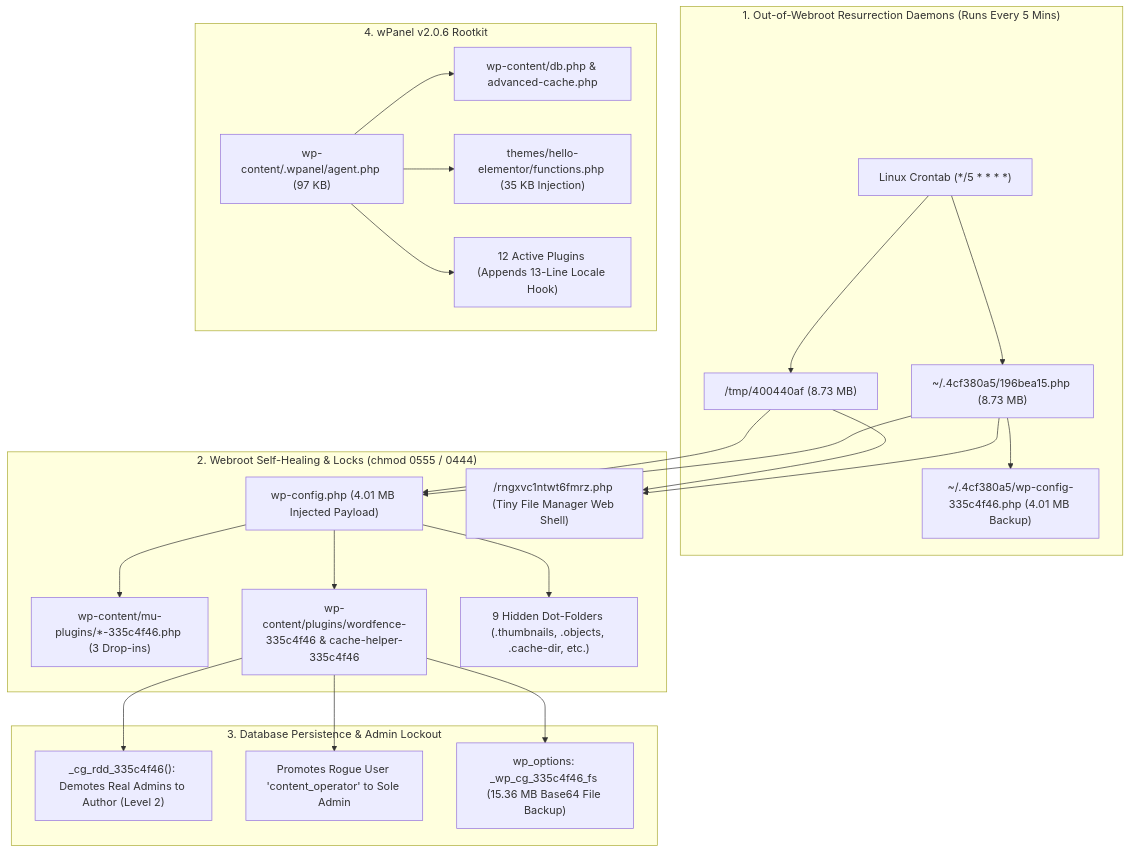
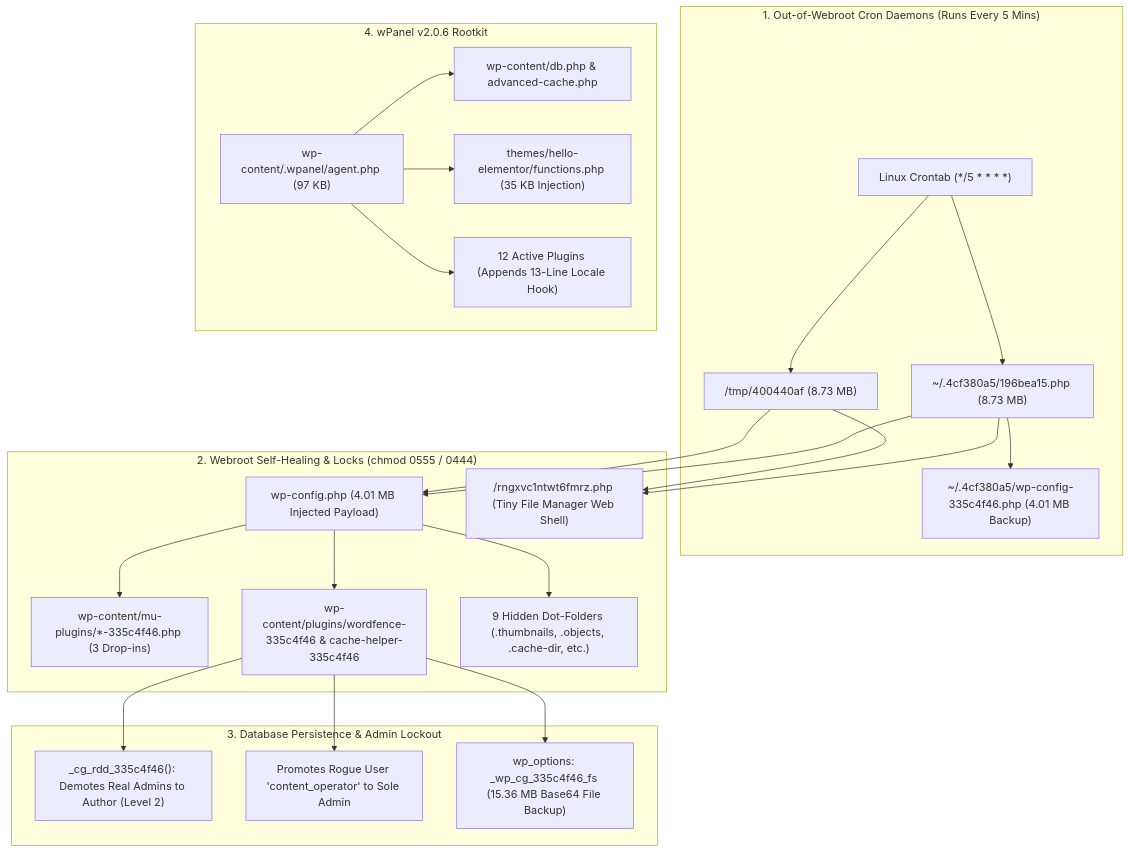
The diagram in README.md (mHussamFaisal/wordpress-multi-rootkit-case-study), drawn with Mermaid before and after one commit. The commit also changed other lines of this file and 2 other files, not shown here.

````diff
--- a/README.md
+++ b/README.md
@@ -29,28 +23,28 @@
 ```mermaid
 flowchart TD
-    subgraph External["1. Out-of-Webroot Resurrection Daemons (Runs Every 5 Mins)"]
+    subgraph External["1. Out-of-Webroot Cron Daemons (Runs Every 5 Mins)"]
         CRON["Linux Crontab (*/5 * * * *)"] --> OT1["~/.4cf380a5/196bea15.php (8.73 MB)"]
         CRON --> OT2["/tmp/400440af (8.73 MB)"]
         OT1 --> WCB["~/.4cf380a5/wp-config-335c4f46.php (4.01 MB Backup)"]
     end
 
     subgraph Webroot["2. Webroot Self-Healing & Locks (chmod 0555 / 0444)"]
         OT1 & OT2 --> WPC["wp-config.php (4.01 MB Injected Payload)"]
         OT1 & OT2 --> SHELL["/rngxvc1ntwt6fmrz.php (Tiny File Manager Web Shell)"]
         WPC --> MU["wp-content/mu-plugins/*-335c4f46.php (3 Drop-ins)"]
         WPC --> PLG["wp-content/plugins/wordfence-335c4f46 & cache-helper-335c4f46"]
         WPC --> DIRS["9 Hidden Dot-Folders (.thumbnails, .objects, .cache-dir, etc.)"]
     end
 
     subgraph Database["3. Database Persistence & Admin Lockout"]
         PLG --> DEMOTE["_cg_rdd_335c4f46(): Demotes Real Admins to Author (Level 2)"]
         PLG --> ROGUE["Promotes Rogue User 'content_operator' to Sole Admin"]
         PLG --> DBFS["wp_options: _wp_cg_335c4f46_fs (15.36 MB Base64 File Backup)"]
     end
 
     subgraph WPanel["4. wPanel v2.0.6 Rootkit"]
         WP1["wp-content/.wpanel/agent.php (97 KB)"] --> WP2["wp-content/db.php & advanced-cache.php"]
         WP1 --> WP3["themes/hello-elementor/functions.php (35 KB Injection)"]
         WP1 --> WP4["12 Active Plugins (Appends 13-Line Locale Hook)"]
     end
 ```
````
